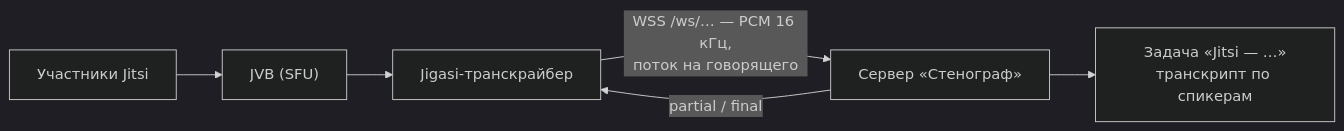
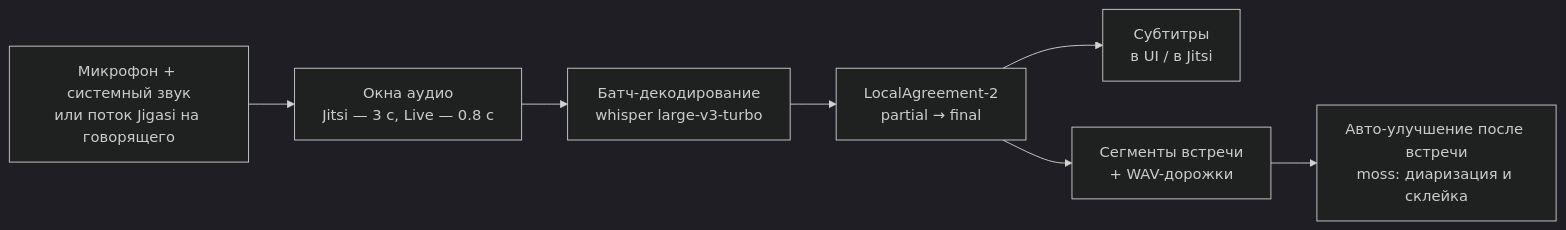
Before and after one commit to mbiuib/Stenograph: the third of 3 diagrams in README.md, drawn with Mermaid (dark theme). The commit also changed other lines of this file and 5 other files, not shown here.

````diff
--- a/README.md
+++ b/README.md
@@ -200,8 +96,9 @@
 ```mermaid
 flowchart LR
-    p["Участники Jitsi"] --> jvb["JVB (SFU)"]
-    jvb --> jig["Jigasi-транскрайбер"]
-    jig -- "WSS /ws/… — PCM 16 кГц,<br/>поток на говорящего" --> st["Сервер «Стенограф»"]
-    st -- "partial / final" --> jig
-    st --> task["Задача «Jitsi — …»<br/>транскрипт по спикерам"]
+    mic["Микрофон + системный звук<br/>или поток Jigasi на говорящего"] --> win["Окна аудио<br/>Jitsi — 3 с, Live — 0.8 с"]
+    win --> batch["Батч-декодирование<br/>whisper large-v3-turbo"]
+    batch --> commit["LocalAgreement-2<br/>partial → final"]
+    commit --> subs["Субтитры<br/>в UI / в Jitsi"]
+    commit --> store2["Сегменты встречи<br/>+ WAV-дорожки"]
+    store2 --> improve["Авто-улучшение после встречи<br/>moss: диаризация и склейка"]
 ```
````
